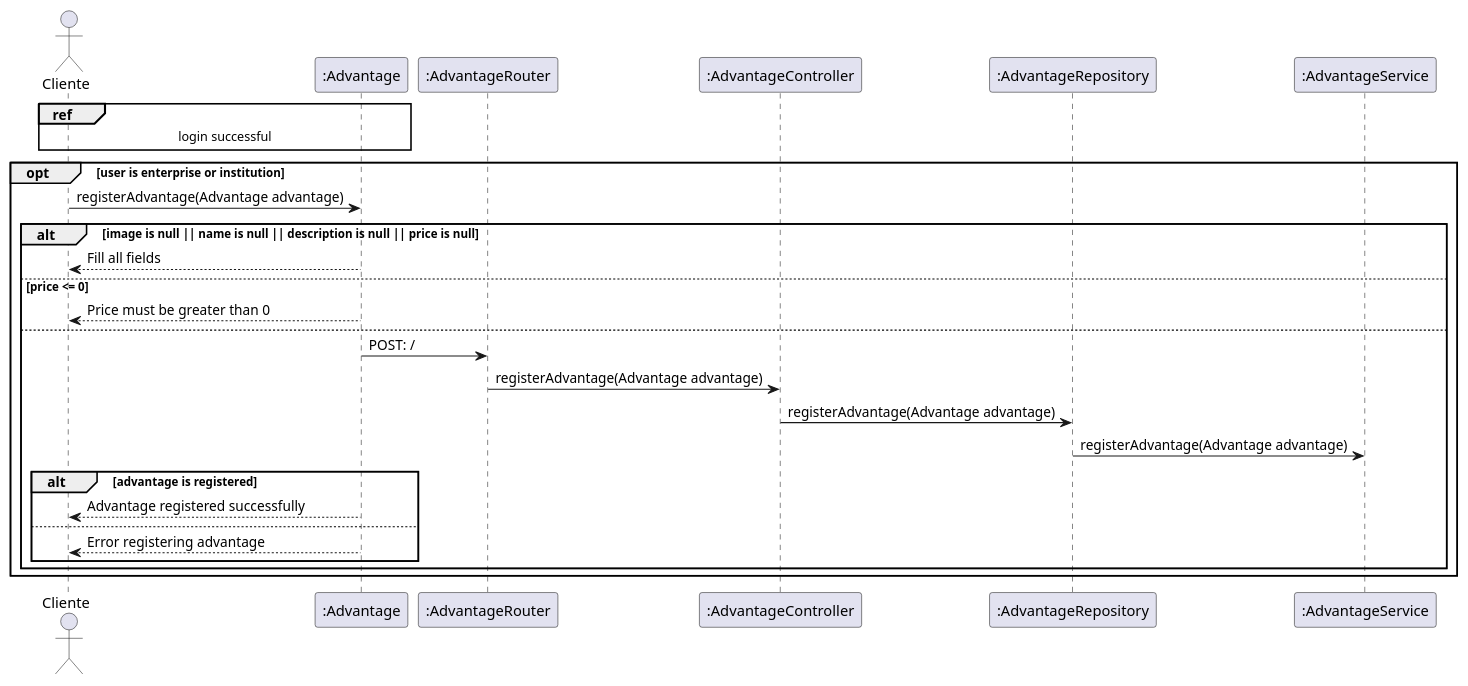
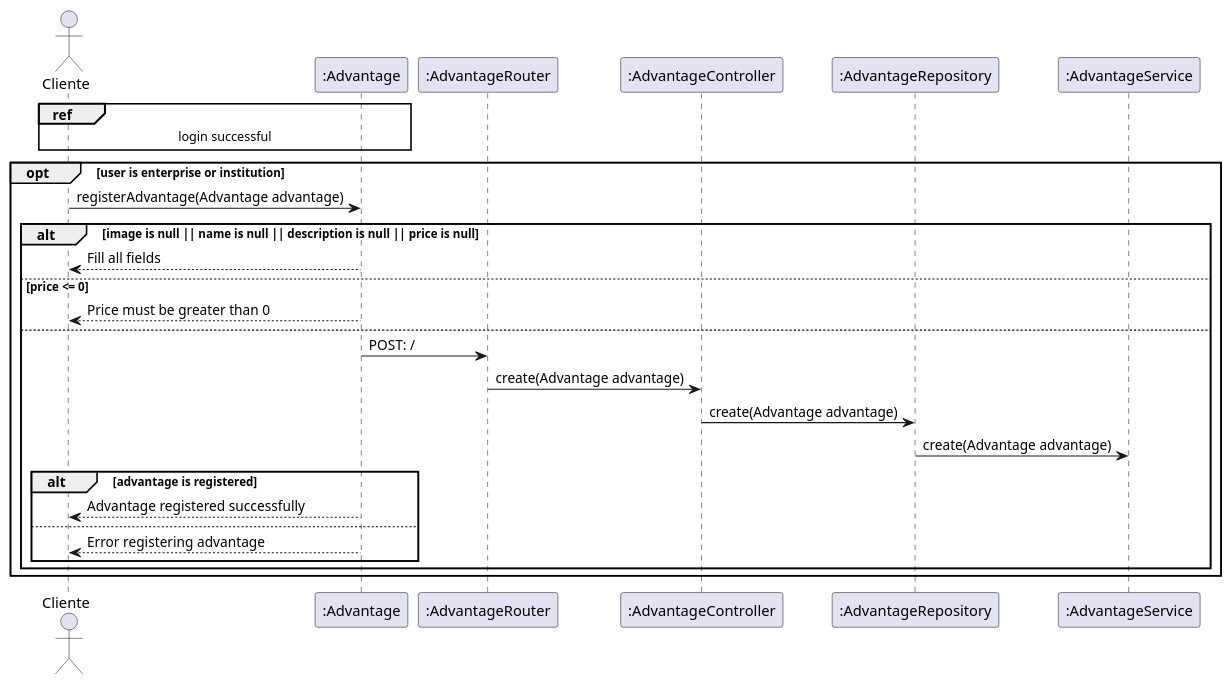
Before and after one commit to migueltico2/laboratorio-de-desenvolvimento-de-software: the diagram in projeto 4/project/sequenceDiagramRegisterAdvantage.plantuml, drawn with PlantUML. The commit also changed 1 other file, not shown here.

```diff
--- a/projeto 4/project/sequenceDiagramRegisterAdvantage.plantuml
+++ b/projeto 4/project/sequenceDiagramRegisterAdvantage.plantuml
@@ -1,31 +1,31 @@
 @startuml
 
 actor "Cliente" as cliente
 participant ":Advantage" as ad
 participant ":AdvantageRouter" as adRouter
 participant ":AdvantageController" as adController
 participant ":AdvantageRepository" as adRepository
 participant ":AdvantageService" as adService
 
 ref over cliente, ad: login successful
 
 opt user is enterprise or institution
     cliente -> ad : registerAdvantage(Advantage advantage)
     alt image is null || name is null || description is null || price is null
         ad --> cliente : Fill all fields
     else price <= 0
         ad --> cliente : Price must be greater than 0
     else
         ad -> adRouter : POST: /
-        adRouter -> adController : registerAdvantage(Advantage advantage)
-        adController -> adRepository : registerAdvantage(Advantage advantage)
-        adRepository -> adService : registerAdvantage(Advantage advantage)
+        adRouter -> adController : create(Advantage advantage)
+        adController -> adRepository : create(Advantage advantage)
+        adRepository -> adService : create(Advantage advantage)
         alt advantage is registered
             ad --> cliente : Advantage registered successfully
         else
             ad --> cliente : Error registering advantage
         end
     end
 end
 
 @enduml
```
